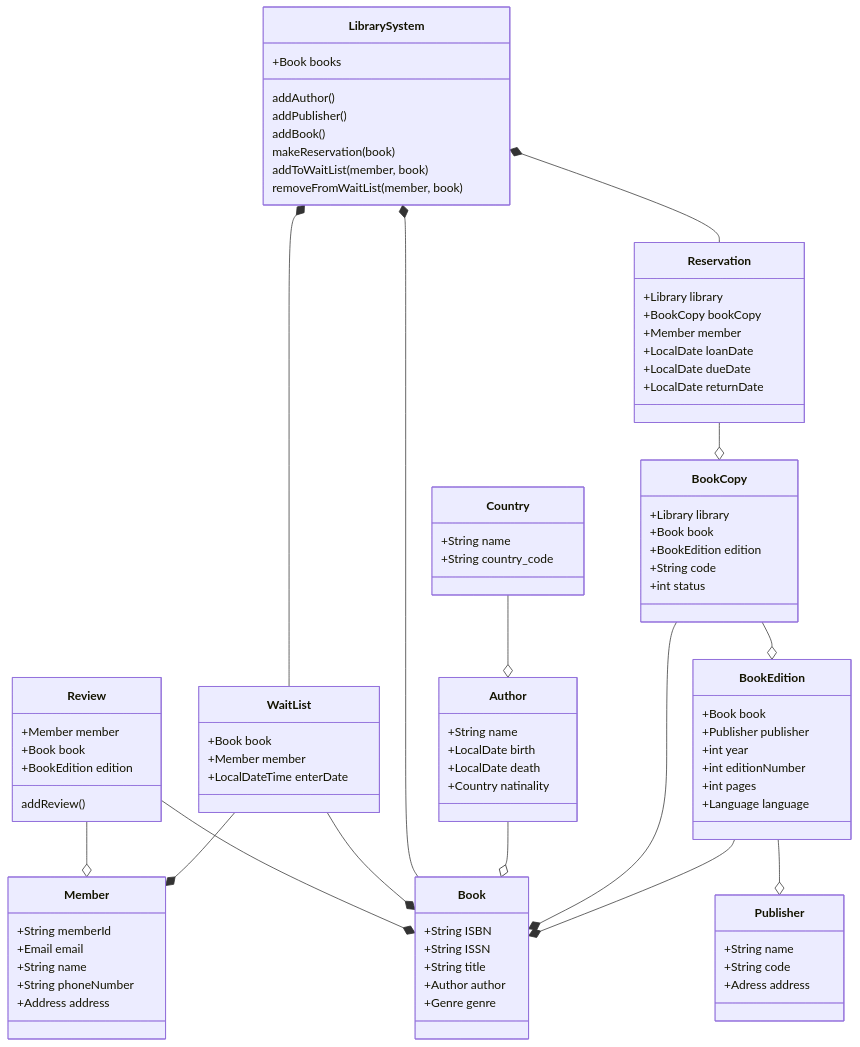
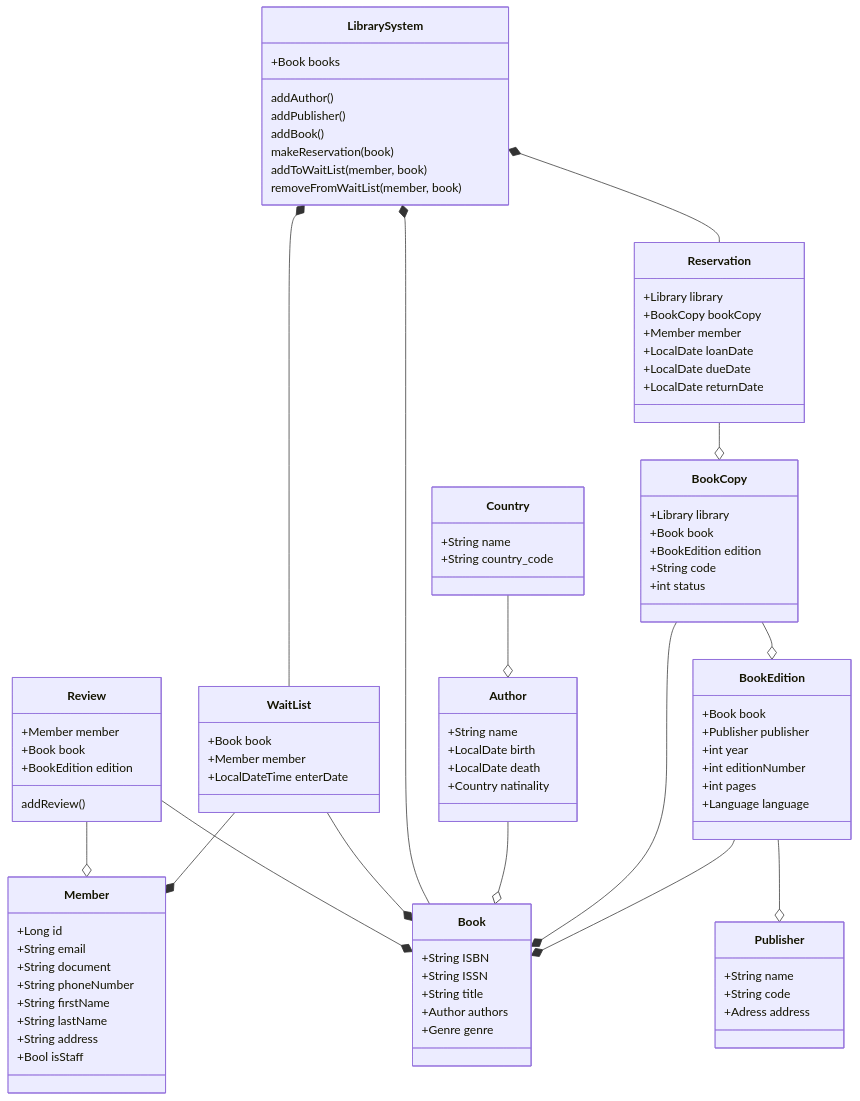
Before and after one commit to sgkhusal/ximple-library: the diagram in documentation/models/simple_library.md, drawn with Mermaid. The commit also changed 8 other files, not shown here.

```diff
--- a/documentation/models/simple_library.md
+++ b/documentation/models/simple_library.md
@@ -56,16 +56,19 @@
     +String ISBN
     +String ISSN
     +String title
-    +Author author
+    +Author authors
     +Genre genre
 }
 
 class Member {
-    +String memberId
-    +Email email
-    +String name
+    +Long id
+    +String email
+    +String document
     +String phoneNumber
-    +Address address
+    +String firstName
+    +String lastName
+    +String address
+    +Bool isStaff
 }
 
 class LibrarySystem {
```
